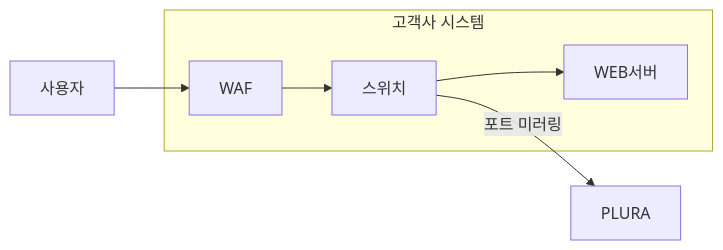
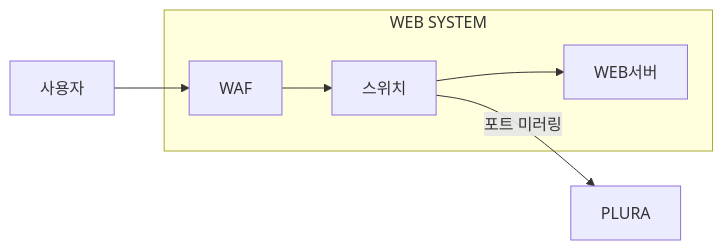
Before and after one commit to qubitsec/plura: the diagram in benefits/ko/web_traffice_analysis_customer_value.md, drawn with Mermaid.

````diff
--- a/benefits/ko/web_traffice_analysis_customer_value.md
+++ b/benefits/ko/web_traffice_analysis_customer_value.md
@@ -21,13 +21,13 @@
 ```mermaid
 graph LR
     사용자 --> WAF
     WAF --> 스위치
     스위치 -- 포트 미러링 --> PLURA
     스위치 --> WEB서버
 
-    subgraph 고객사 시스템
+    subgraph WEB SYSTEM
         WAF
         스위치
         WEB서버
     end
 ```
````
